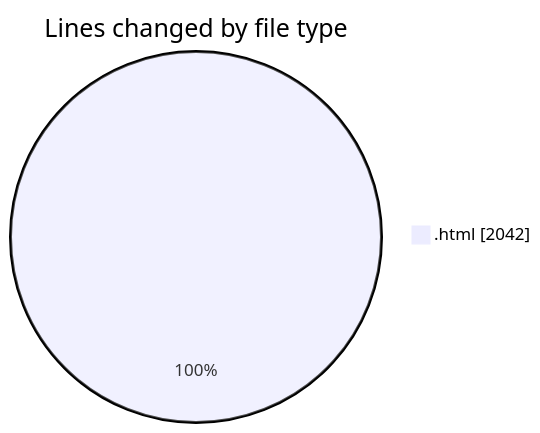
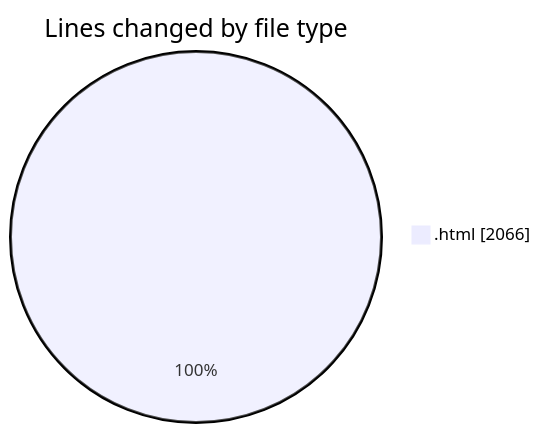
Before and after one commit to Ritupan-Deka/code-tracking: the first of 2 diagrams in 2025-06-17/projects/README.md, drawn with Mermaid. The commit also changed other lines of this file and 1 other file, not shown here.

````diff
--- a/2025-06-17/projects/README.md
+++ b/2025-06-17/projects/README.md
@@ -21,5 +21,5 @@
 ```mermaid
 pie showData
 title Lines changed by file type
-".html" : 2042
+".html" : 2066
 ```
````
